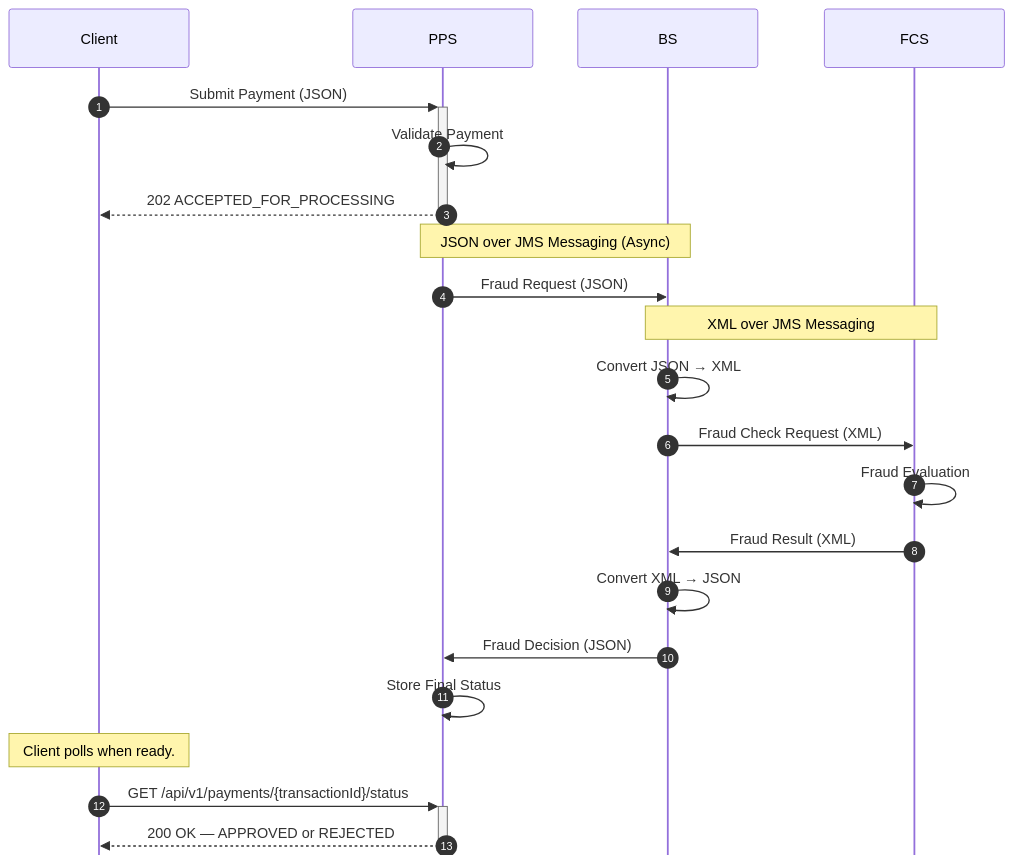
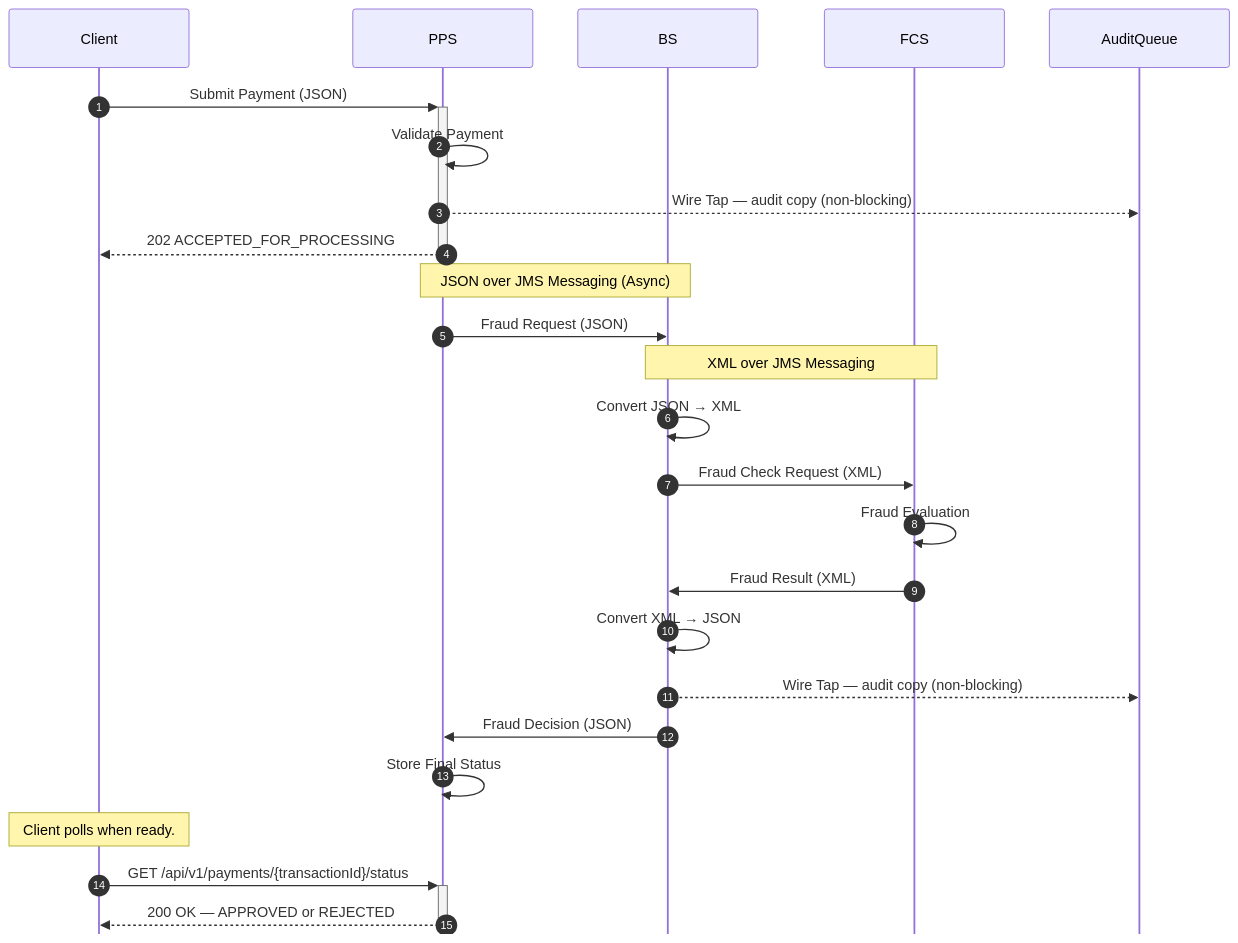
One commit to rprakash-demo/bank-payment-fraud-poc changed the third of 6 diagrams in README.md. Above: the diagram before and after it, drawn with Mermaid. The commit also changed other lines of this file, not shown here.

````diff
--- a/README.md
+++ b/README.md
@@ -171,35 +176,38 @@
 ```mermaid
 %%{init: {"sequence": {"width": 200, "actorFontSize": 14, "noteFontSize": 13, "messageFontSize": 13, "mirrorActors": false}} }%%
 sequenceDiagram
     autonumber
     participant Client
     participant PPS
     participant BS
     participant FCS
+    participant AuditQueue
 
     Client ->>+ PPS : Submit Payment (JSON)
     PPS    ->>  PPS : Validate Payment
+    PPS    -->> AuditQueue : Wire Tap — audit copy (non-blocking)
     PPS    -->>- Client : 202 ACCEPTED_FOR_PROCESSING
 
     note over PPS,BS: JSON over JMS Messaging (Async)
 
     PPS    ->>  BS  : Fraud Request (JSON)
 
     note over BS,FCS: XML over JMS Messaging
 
     BS     ->>  BS  : Convert JSON → XML
     BS     ->>  FCS : Fraud Check Request (XML)
 
     FCS    ->>  FCS : Fraud Evaluation
     FCS    ->>  BS  : Fraud Result (XML)
 
     BS     ->>  BS  : Convert XML → JSON
+    BS     -->> AuditQueue : Wire Tap — audit copy (non-blocking)
     BS     ->>  PPS : Fraud Decision (JSON)
 
     PPS    ->>  PPS : Store Final Status
 
     note over Client: Client polls when ready.
 
     Client ->>+ PPS : GET /api/v1/payments/{transactionId}/status
     PPS    -->>- Client : 200 OK — APPROVED or REJECTED
 ```
````
